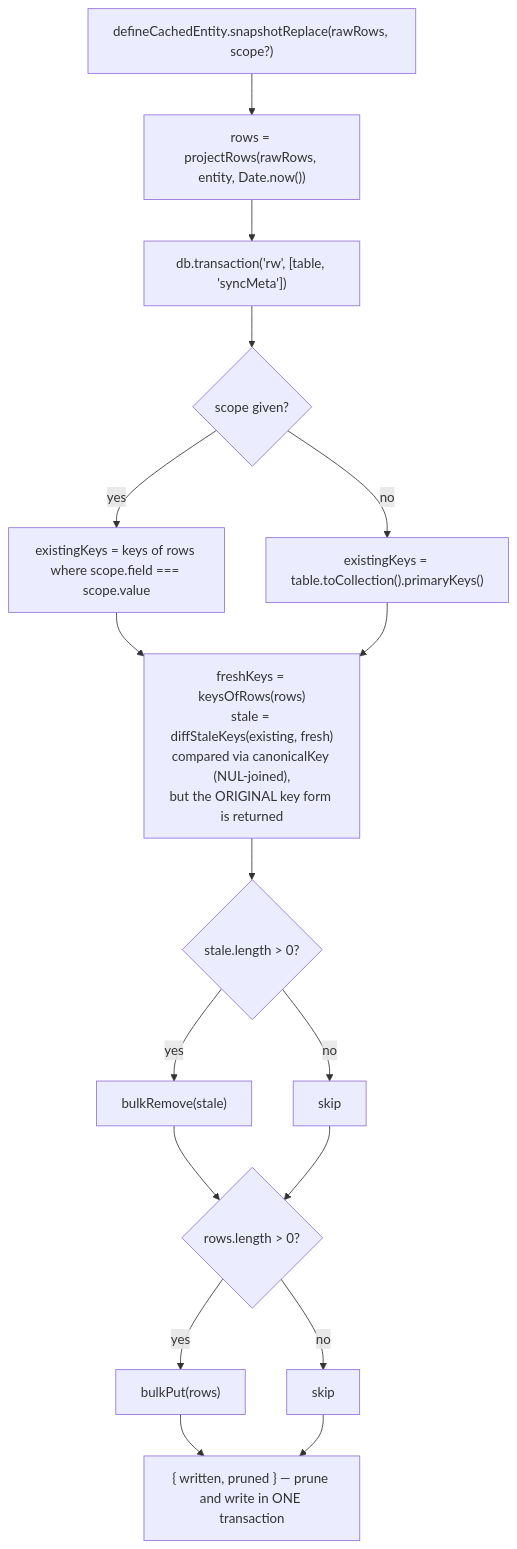
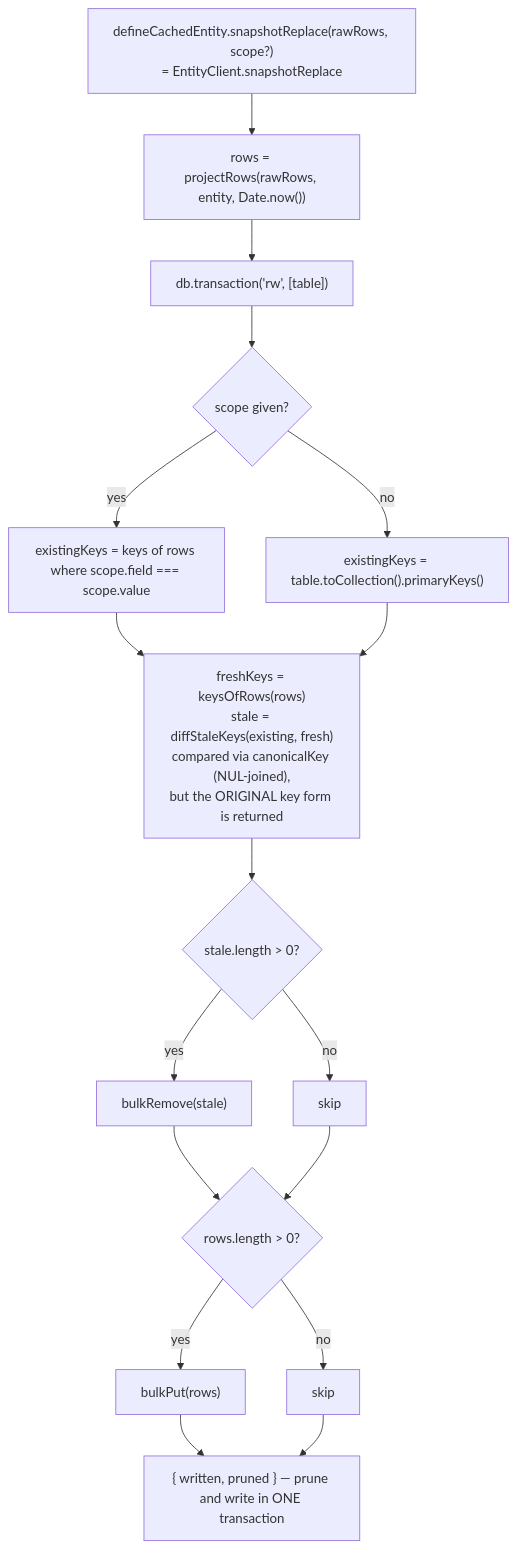
Diagram 20 of 31 in docs/APP_DB_SYNC_FLOWS.md (hotwax/accxui), drawn with Mermaid before and after one commit. The commit also changed other lines of this file and 31 other files, not shown here.

Commit message:
Improved: Made dbClient the single access layer to the app database, with schema-level table names and a build-time data-access lint gate.

````diff
--- a/docs/APP_DB_SYNC_FLOWS.md
+++ b/docs/APP_DB_SYNC_FLOWS.md
@@ -709,19 +710,19 @@
 ```mermaid
 flowchart TD
-    SR["defineCachedEntity.snapshotReplace(rawRows, scope?)"] --> PR["rows = projectRows(rawRows, entity, Date.now())"]
-    PR --> TX["db.transaction('rw', [table, 'syncMeta'])"]
+    SR["defineCachedEntity.snapshotReplace(rawRows, scope?)<br/>= EntityClient.snapshotReplace"] --> PR["rows = projectRows(rawRows, entity, Date.now())"]
+    PR --> TX["db.transaction('rw', [table])"]
     TX --> EX{"scope given?"}
     EX -- yes --> E1["existingKeys = keys of rows where scope.field === scope.value"]
     EX -- no --> E2["existingKeys = table.toCollection().primaryKeys()"]
     E1 --> DF
     E2 --> DF["freshKeys = keysOfRows(rows)<br/>stale = diffStaleKeys(existing, fresh)<br/>compared via canonicalKey (NUL-joined),<br/>but the ORIGINAL key form is returned"]
     DF --> DEL{"stale.length > 0?"}
     DEL -- yes --> D1["bulkRemove(stale)"]
     DEL -- no --> D2["skip"]
     D1 --> PUT
     D2 --> PUT{"rows.length > 0?"}
     PUT -- yes --> P1["bulkPut(rows)"]
     PUT -- no --> P2["skip"]
     P1 --> END["{ written, pruned } — prune and write in ONE transaction"]
     P2 --> END
 ```
````
